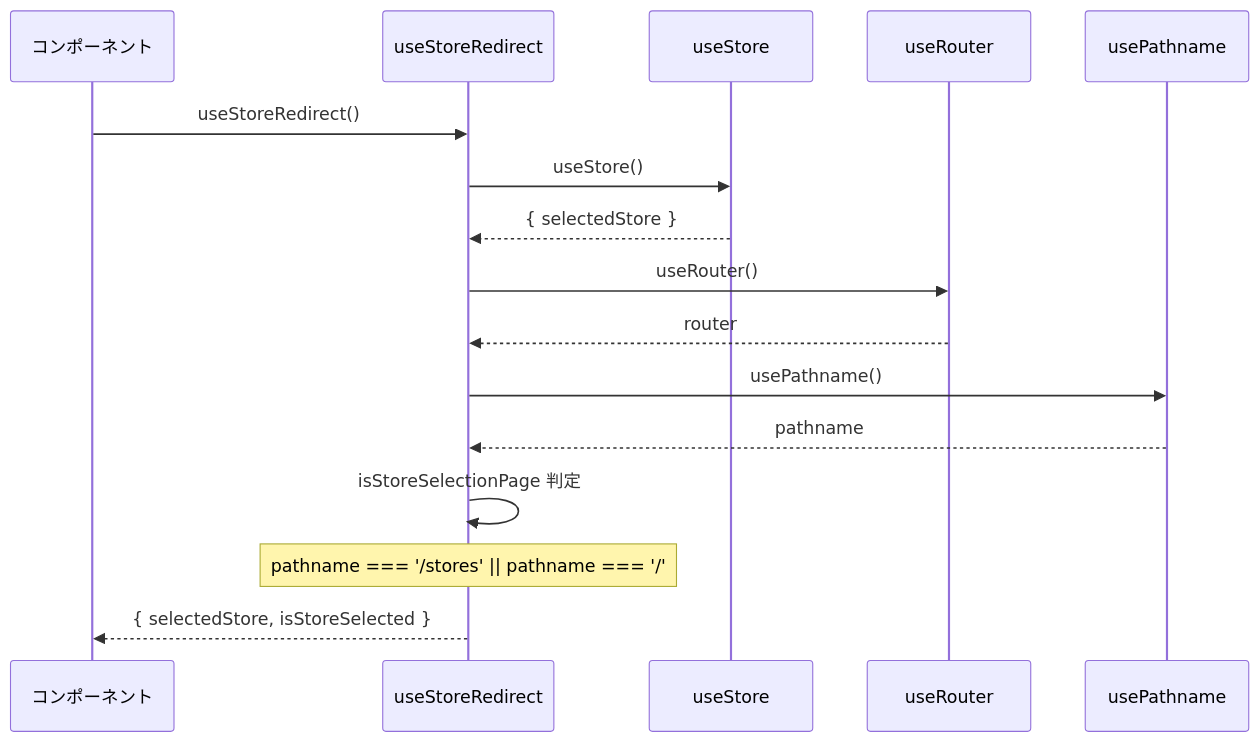
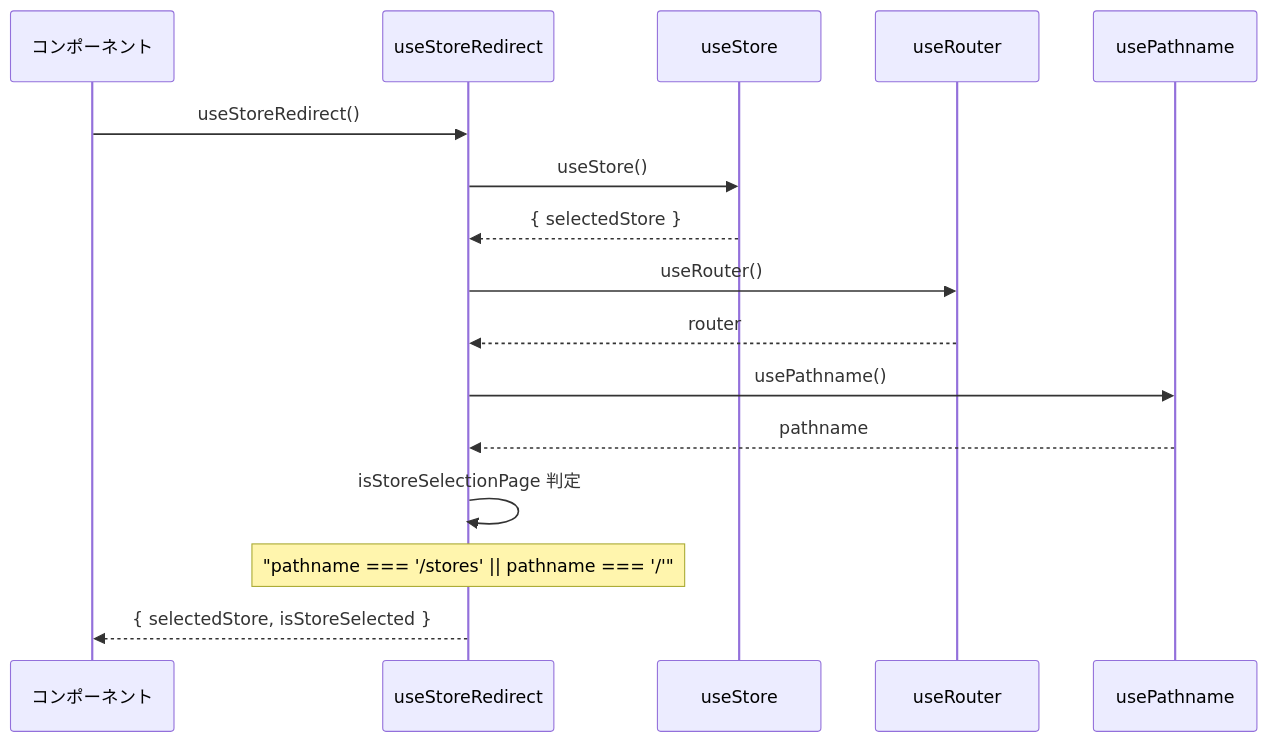
One commit to wasabi49/ocs-systemDevelopmentExercises changed the first of 6 diagrams in document/hooks/sequence/useStoreRedirect.md. Above: the diagram before and after it, drawn with Mermaid. The commit also changed other lines of this file and 42 other files, not shown here.

First line of the commit message:
fix: mermaidシーケンス図のNote over文でダブルクォーテーション不足を修正

````diff
--- a/document/hooks/sequence/useStoreRedirect.md
+++ b/document/hooks/sequence/useStoreRedirect.md
@@ -8,21 +8,21 @@
 ```mermaid
 sequenceDiagram
     participant Component as コンポーネント
     participant Hook as useStoreRedirect
     participant StoreContext as useStore
     participant Router as useRouter
     participant Pathname as usePathname
 
     Component->>Hook: useStoreRedirect()
     Hook->>StoreContext: useStore()
     StoreContext-->>Hook: { selectedStore }
     Hook->>Router: useRouter()
     Router-->>Hook: router
     Hook->>Pathname: usePathname()
     Pathname-->>Hook: pathname
     
     Hook->>Hook: isStoreSelectionPage 判定
-    Note over Hook: pathname === '/stores' || pathname === '/'
+    Note over Hook: "pathname === '/stores' || pathname === '/'"
     
     Hook-->>Component: { selectedStore, isStoreSelected }
 ```
````
